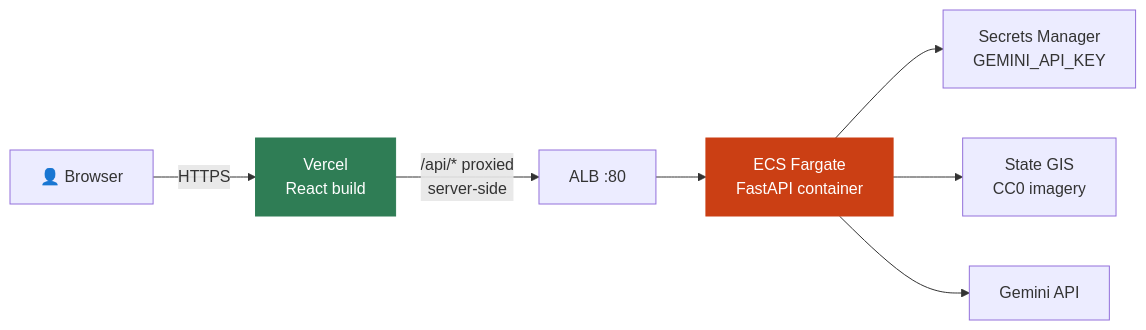
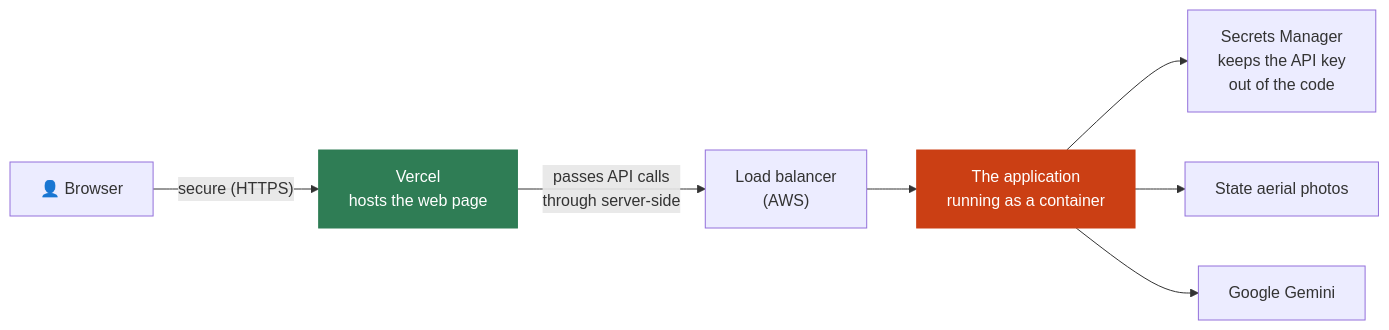
Before and after one commit to Zerubabel-J/curbside: the fifth of 5 diagrams in README.md, drawn with Mermaid. The commit also changed other lines of this file, not shown here.

````diff
--- a/README.md
+++ b/README.md
@@ -323,12 +453,12 @@
 ```mermaid
 flowchart LR
-    U["👤 Browser"] -->|HTTPS| V["Vercel<br/>React build"]
-    V -->|"/api/* proxied<br/>server-side"| ALB["ALB :80"]
-    ALB --> ECS["ECS Fargate<br/>FastAPI container"]
-    ECS --> SM["Secrets Manager<br/>GEMINI_API_KEY"]
-    ECS --> GIS["State GIS<br/>CC0 imagery"]
-    ECS --> GEM["Gemini API"]
+    U["👤 Browser"] -->|"secure (HTTPS)"| V["Vercel<br/>hosts the web page"]
+    V -->|"passes API calls<br/>through server-side"| ALB["Load balancer<br/>(AWS)"]
+    ALB --> ECS["The application<br/>running as a container"]
+    ECS --> SM["Secrets Manager<br/>keeps the API key<br/>out of the code"]
+    ECS --> GIS["State aerial photos"]
+    ECS --> GEM["Google Gemini"]
 
     style ECS fill:#cb3f14,stroke:#cb3f14,color:#fff
     style V fill:#2f7d55,stroke:#2f7d55,color:#fff
 ```
````
